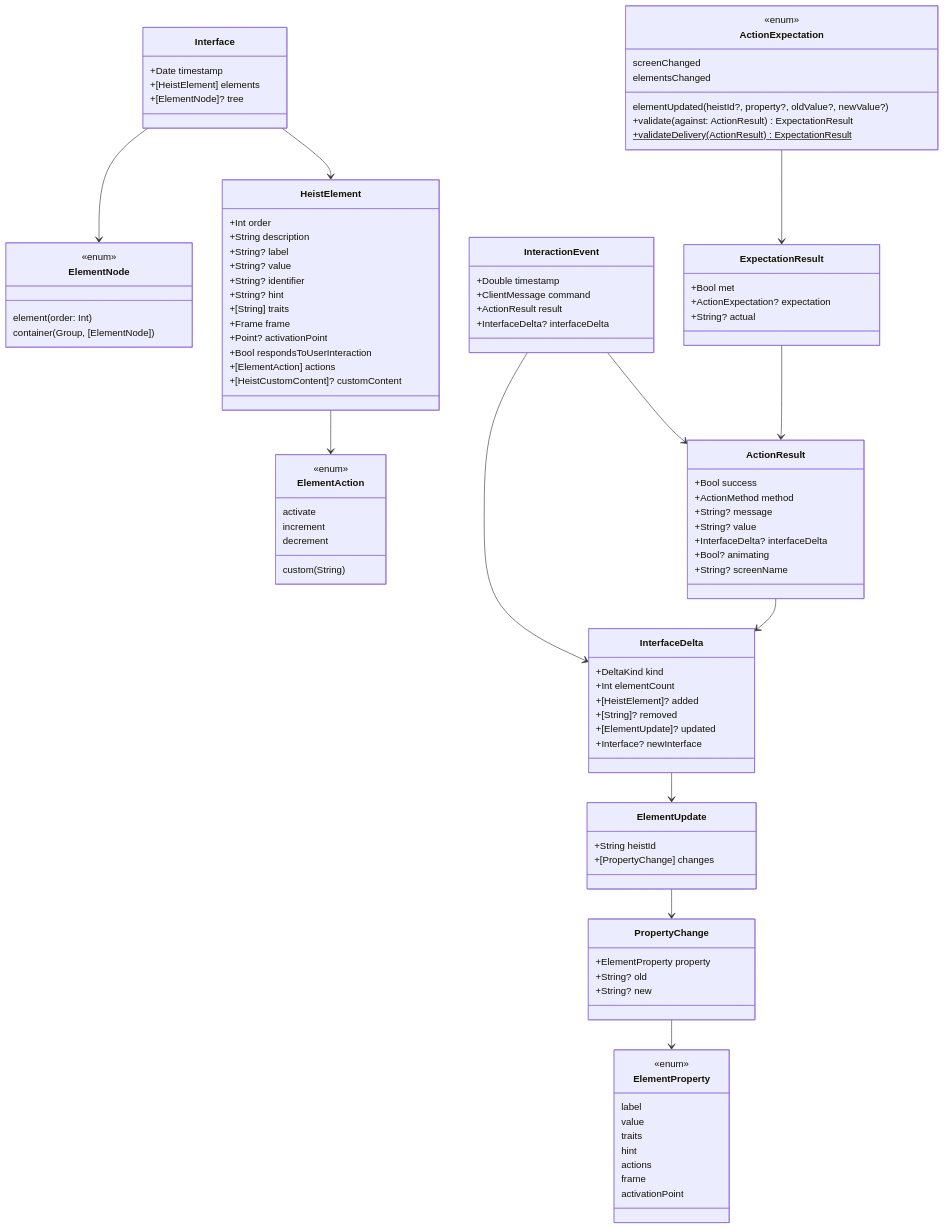
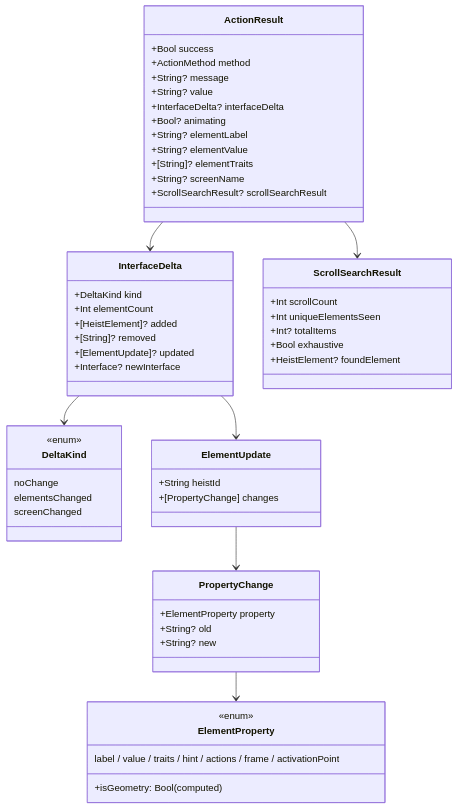
The fifth of 7 diagrams in docs/dossiers/01-THESCORE.md (RoyalPineapple/TheButtonHeist), drawn with Mermaid before and after one commit. The commit also changed other lines of this file and 11 other files, not shown here.

````diff
--- a/docs/dossiers/01-THESCORE.md
+++ b/docs/dossiers/01-THESCORE.md
@@ -87,40 +193,5 @@
 ```mermaid
 classDiagram
-    class Interface {
-        +Date timestamp
-        +[HeistElement] elements
-        +[ElementNode]? tree
-    }
-
-    class HeistElement {
-        +Int order
-        +String description
-        +String? label
-        +String? value
-        +String? identifier
-        +String? hint
-        +[String] traits
-        +Frame frame
-        +Point? activationPoint
-        +Bool respondsToUserInteraction
-        +[ElementAction] actions
-        +[HeistCustomContent]? customContent
-    }
-
-    class ElementNode {
-        <<enum>>
-        element(order: Int)
-        container(Group, [ElementNode])
-    }
-
-    class ElementAction {
-        <<enum>>
-        activate
-        increment
-        decrement
-        custom(String)
-    }
-
     class ActionResult {
         +Bool success
         +ActionMethod method
@@ -128,7 +199,11 @@
         +String? value
         +InterfaceDelta? interfaceDelta
         +Bool? animating
+        +String? elementLabel
+        +String? elementValue
+        +[String]? elementTraits
         +String? screenName
+        +ScrollSearchResult? scrollSearchResult
     }
 
     class InterfaceDelta {
@@ -138,6 +213,21 @@
         +[String]? removed
         +[ElementUpdate]? updated
         +Interface? newInterface
+    }
+
+    class DeltaKind {
+        <<enum>>
+        noChange
+        elementsChanged
+        screenChanged
+    }
+
+    class ScrollSearchResult {
+        +Int scrollCount
+        +Int uniqueElementsSeen
+        +Int? totalItems
+        +Bool exhaustive
+        +HeistElement? foundElement
     }
 
     class ElementUpdate {
@@ -153,48 +243,14 @@
 
     class ElementProperty {
         <<enum>>
-        label
-        value
-        traits
-        hint
-        actions
-        frame
-        activationPoint
+        label / value / traits / hint / actions / frame / activationPoint
+        +isGeometry: Bool (computed)
     }
 
-    Interface --> HeistElement
-    Interface --> ElementNode
-    HeistElement --> ElementAction
     ActionResult --> InterfaceDelta
+    ActionResult --> ScrollSearchResult
+    InterfaceDelta --> DeltaKind
     InterfaceDelta --> ElementUpdate
     ElementUpdate --> PropertyChange
     PropertyChange --> ElementProperty
-
-    class InteractionEvent {
-        +Double timestamp
-        +ClientMessage command
-        +ActionResult result
-        +InterfaceDelta? interfaceDelta
-    }
-
-    InteractionEvent --> ActionResult
-    InteractionEvent --> InterfaceDelta
-
-    class ActionExpectation {
-        <<enum>>
-        screenChanged
-        elementsChanged
-        elementUpdated(heistId?, property?, oldValue?, newValue?)
-        +validate(against: ActionResult) ExpectationResult
-        +validateDelivery(ActionResult)$ ExpectationResult
-    }
-
-    class ExpectationResult {
-        +Bool met
-        +ActionExpectation? expectation
-        +String? actual
-    }
-
-    ActionExpectation --> ExpectationResult
-    ExpectationResult --> ActionResult
 ```
````
